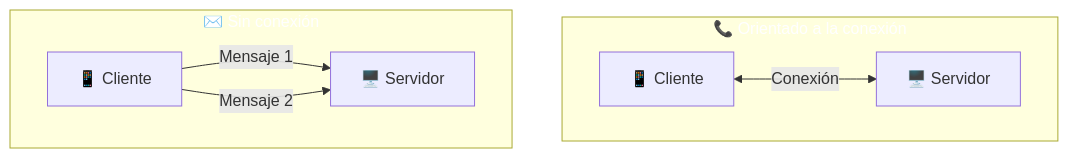
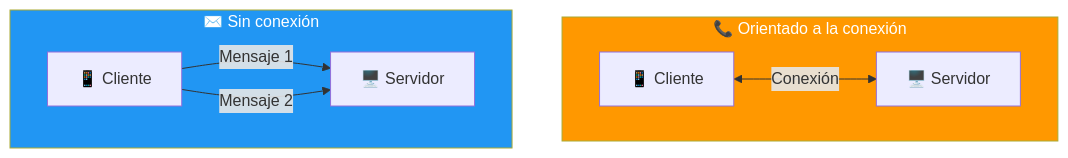
The second of 7 diagrams in 01-conceptos-servicios.md (joseluisgs/DesarrolloWebEntornosServidor-02-2026-2027), drawn with Mermaid before and after one commit. The commit also changed other lines of this file and 29 other files, not shown here.

Commit message:
docs: corregir estilos Mermaid y estilo, quitar referencias a la Tienda y reestructurar los retos 13 y 15

````diff
--- a/01-conceptos-servicios.md
+++ b/01-conceptos-servicios.md
@@ -77,12 +77,12 @@
 ```mermaid
 flowchart TD
     subgraph CONEXION["📞 Orientado a la conexión"]
         A1["📱 Cliente"] <-->|Conexión| B1["🖥️ Servidor"]
     end
     subgraph SINCONEXION["✉️ Sin conexión"]
         A2["📱 Cliente"] -->|Mensaje 1| B2["🖥️ Servidor"]
         A2 -->|Mensaje 2| B2
     end
-    style CONEXION fill:#FF980,color:#fff0,color:#fff
-    style SINCONEXION fill:#2196F,color:#fff3,color:#fff
+    style CONEXION fill:#FF9800,color:#fff
+    style SINCONEXION fill:#2196F3,color:#fff
 ```
````
